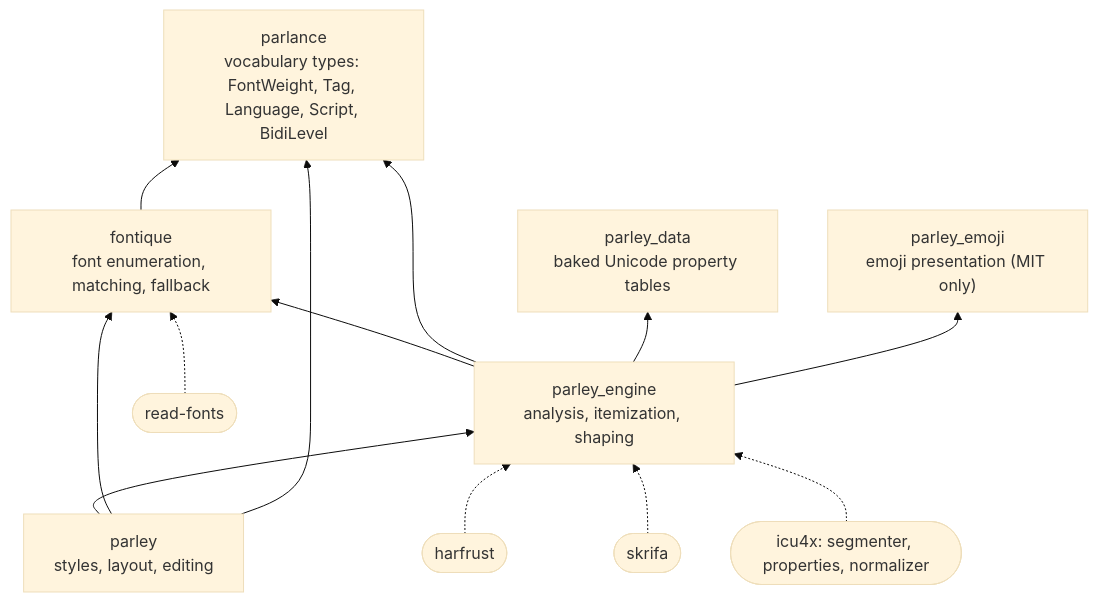
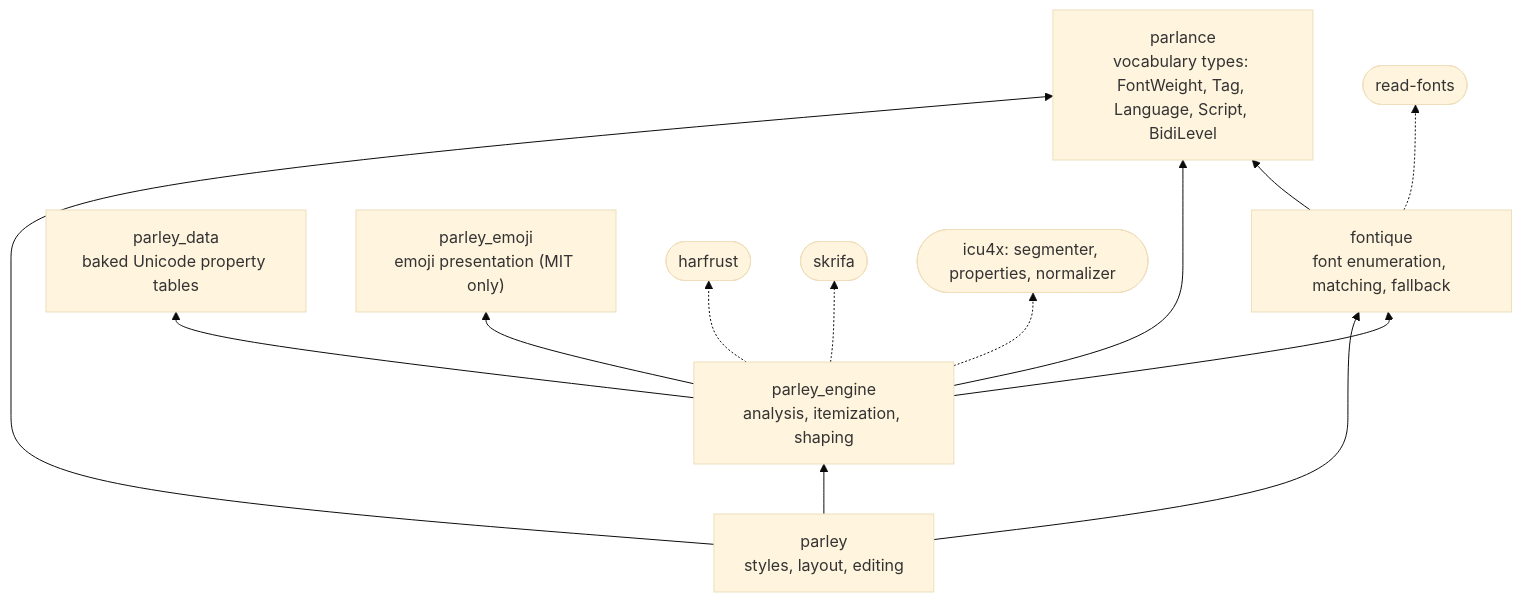
One commit to WilliamDGH/parley-guide changed the first of 2 diagrams in src/overview.md. Above: the diagram before and after it, drawn with Mermaid (base theme). The commit also changed other lines of this file and 7 other files, not shown here.

````diff
--- a/src/overview.md
+++ b/src/overview.md
@@ -66,21 +66,21 @@
 ```mermaid
 graph BT
     parlance["parlance<br/>vocabulary types: FontWeight, Tag, Language, Script, BidiLevel"]
     fontique["fontique<br/>font enumeration, matching, fallback"]
     parley_data["parley_data<br/>baked Unicode property tables"]
     parley_emoji["parley_emoji<br/>emoji presentation (MIT only)"]
     parley_engine["parley_engine<br/>analysis, itemization, shaping"]
     parley["parley<br/>styles, layout, editing"]
     fontique --> parlance
     parley_engine --> fontique
     parley_engine --> parlance
     parley_engine --> parley_data
     parley_engine --> parley_emoji
     parley --> parley_engine
     parley --> fontique
     parley --> parlance
-    harfrust([harfrust]) -.-> parley_engine
-    skrifa([skrifa]) -.-> parley_engine
-    icu([icu4x: segmenter, properties, normalizer]) -.-> parley_engine
-    readfonts([read-fonts]) -.-> fontique
+    parley_engine -.-> harfrust([harfrust])
+    parley_engine -.-> skrifa([skrifa])
+    parley_engine -.-> icu([icu4x: segmenter, properties, normalizer])
+    fontique -.-> readfonts([read-fonts])
 ```
````
